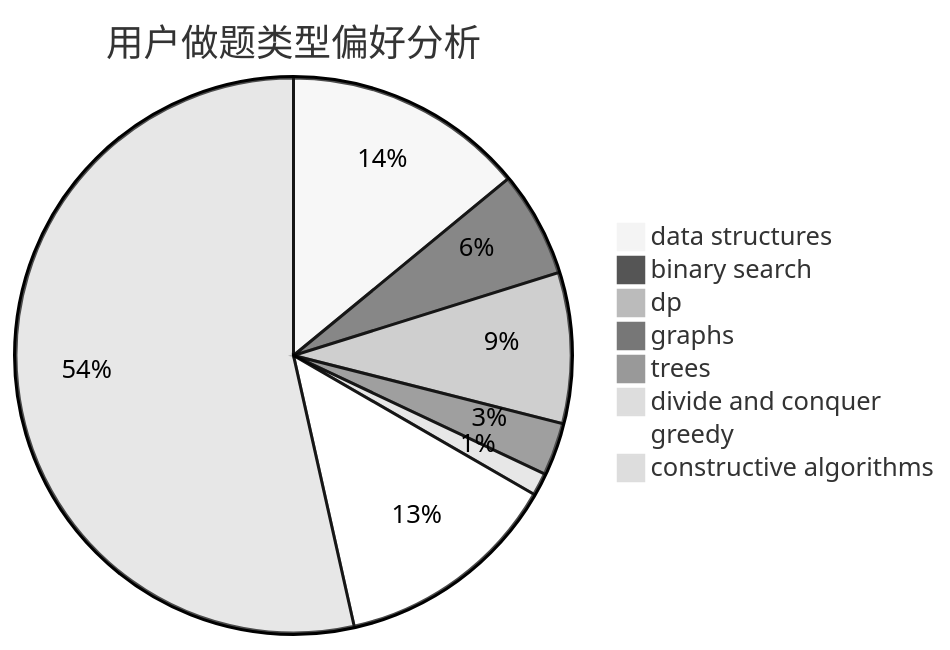
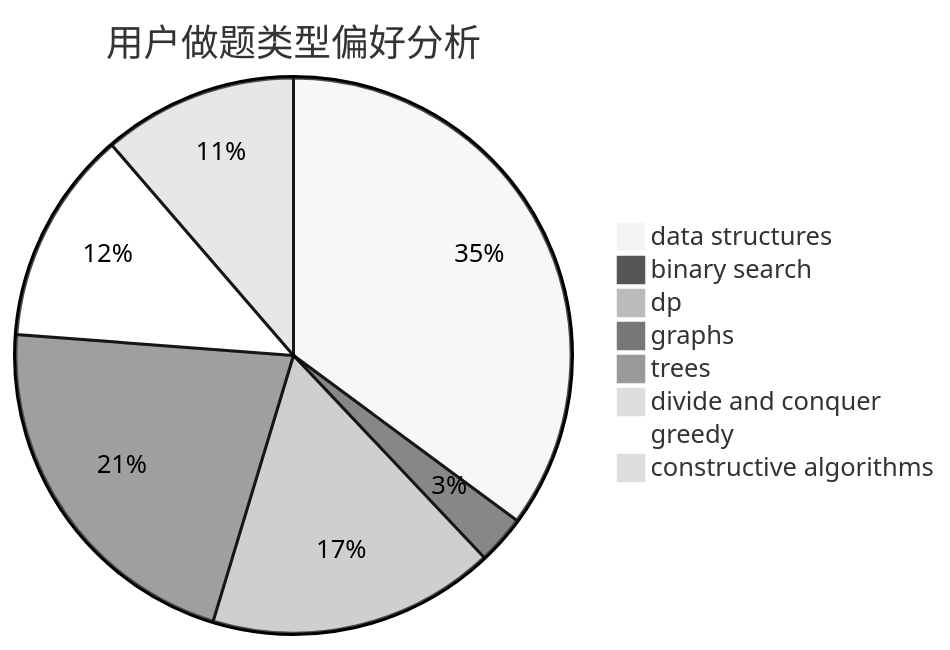
One commit to sherpahu/cfrs.github.io changed the second of 3 diagrams in docs/user/u575.md. Above: the diagram before and after it, drawn with Mermaid (neutral theme). The commit also changed other lines of this file and 2770 other files, not shown here.

````diff
--- a/docs/user/u575.md
+++ b/docs/user/u575.md
@@ -23,11 +23,11 @@
 ```mermaid
 pie title 用户做题类型偏好分析
-    "data structures" :  32
-    "binary search" :  14
-    "dp" :  20
-    "graphs" :  7
-    "trees" :  0
-    "divide and conquer" :  3
-    "greedy" :  30
-    "constructive algorithms" :  122
+    "data structures" :  124
+    "binary search" :  10
+    "dp" :  59
+    "graphs" :  76
+    "trees" :  1
+    "divide and conquer" :  1
+    "greedy" :  44
+    "constructive algorithms" :  40
 ```
````
